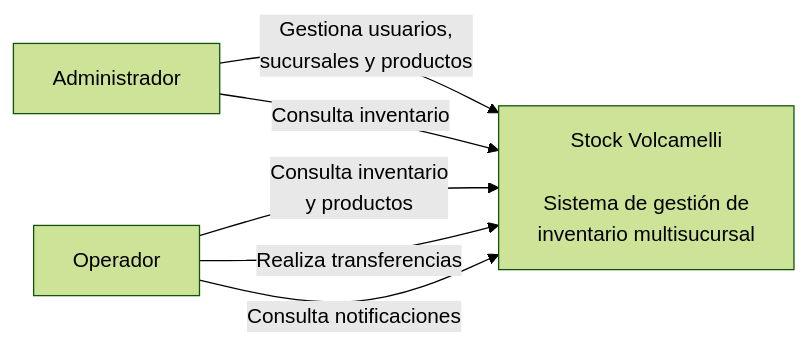
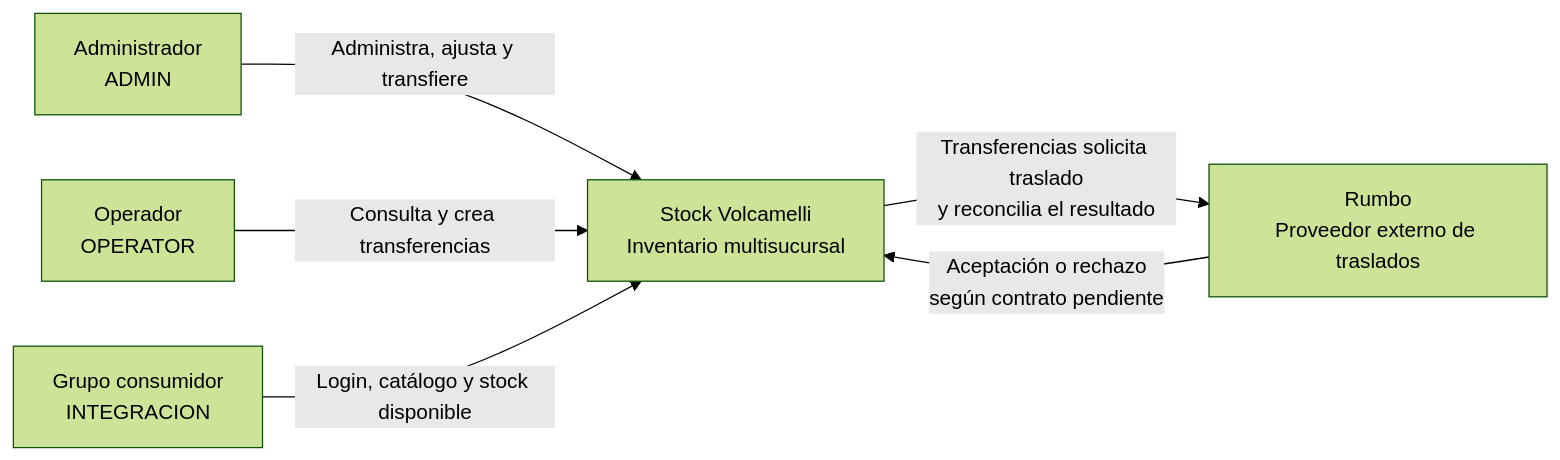
Before and after one commit to tomyvolo/Stock-Volcamelli: the diagram in docs/diagramas/contexto.md, drawn with Mermaid (forest theme). The commit also changed other lines of this file and 11 other files, not shown here.

Commit message:
docs: actualizar Entrega 1 de Stock Volcamelli

````diff
--- a/docs/diagramas/contexto.md
+++ b/docs/diagramas/contexto.md
@@ -5,14 +5,14 @@
 ```mermaid
 flowchart LR
-    A["Administrador"]
-    O["Operador"]
+    A["Administrador<br/>ADMIN"]
+    O["Operador<br/>OPERATOR"]
+    C["Grupo consumidor<br/>INTEGRACION"]
+    SV["Stock Volcamelli<br/>Inventario multisucursal"]
+    R["Rumbo<br/>Proveedor externo de traslados"]
 
-    SV["Stock Volcamelli<br/><br/>Sistema de gestión de<br/>inventario multisucursal"]
-
-    A -->|"Gestiona usuarios,<br/>sucursales y productos"| SV
-    A -->|"Consulta inventario"| SV
-
-    O -->|"Consulta inventario<br/>y productos"| SV
-    O -->|"Realiza transferencias"| SV
-    O -->|"Consulta notificaciones"| SV
+    A -->|"Administra, ajusta y transfiere"| SV
+    O -->|"Consulta y crea transferencias"| SV
+    C -->|"Login, catálogo y stock disponible"| SV
+    SV -->|"Transferencias solicita traslado<br/>y reconcilia el resultado"| R
+    R -->|"Aceptación o rechazo<br/>según contrato pendiente"| SV
 ```
````
